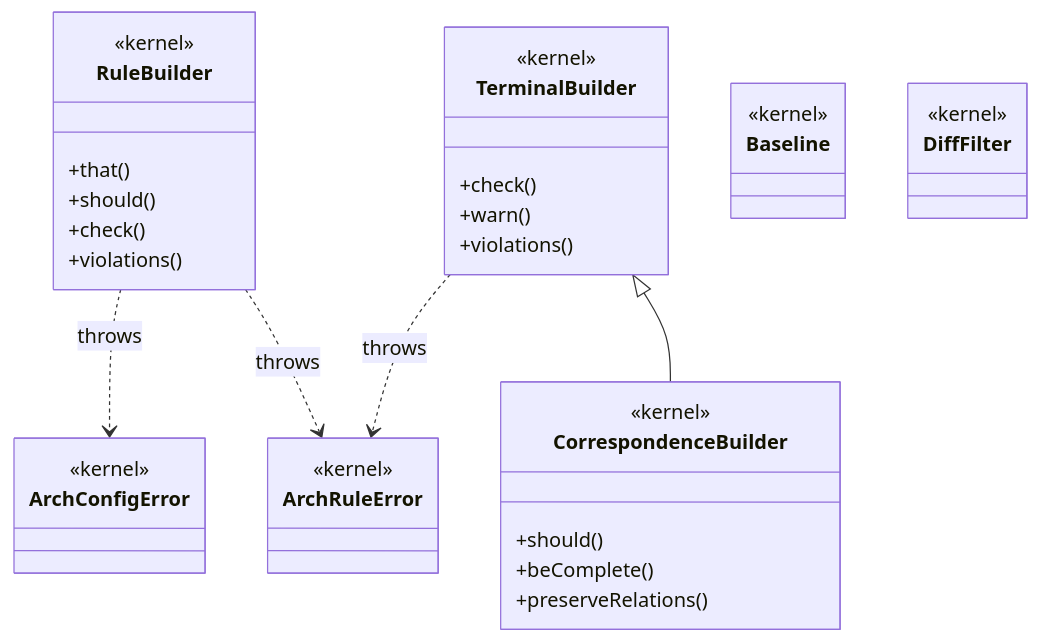
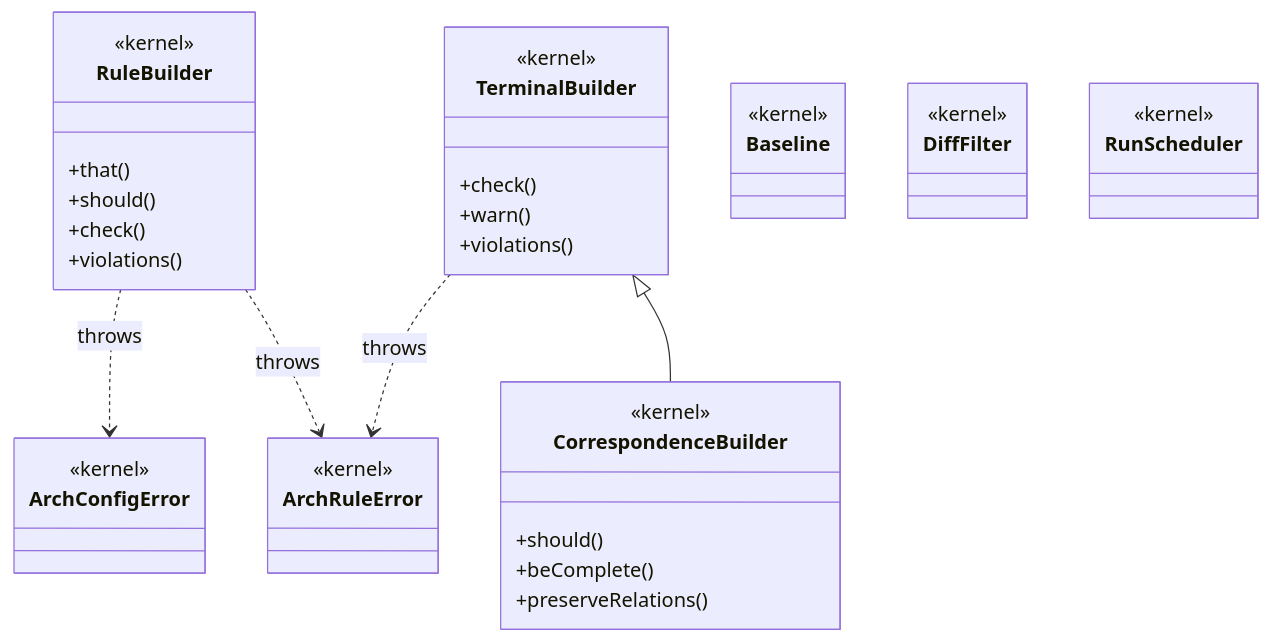
Before and after one commit to nielspeter/eess: the diagram in docs/architecture.mmd, drawn with Mermaid. The commit also changed 7 other files, not shown here.

First line of the commit message:
refactor(core,mermaid,ts): unify the watch loop, fixing a bug it hid

```diff
--- a/docs/architecture.mmd
+++ b/docs/architecture.mmd
@@ -1,48 +1,52 @@
 classDiagram
 %% eess kernel architecture — the @nielspeter/eess classes (plan 0060 charter:
 %% this diagram depicts packages/core/src classes, declared a-priori; it is
 %% cross-validated against the code by scripts/check-crossval.mjs in BOTH
 %% directions. A class added to the kernel must be added here, and vice versa.
 
 class RuleBuilder {
   <<kernel>>
   +that()
   +should()
   +check()
   +violations()
 }
 
 class TerminalBuilder {
   <<kernel>>
   +check()
   +warn()
   +violations()
 }
 
 class CorrespondenceBuilder {
   <<kernel>>
   +should()
   +beComplete()
   +preserveRelations()
 }
 
 class Baseline {
   <<kernel>>
 }
 
 class DiffFilter {
   <<kernel>>
 }
 
 class ArchRuleError {
   <<kernel>>
 }
 
 class ArchConfigError {
   <<kernel>>
 }
 
+class RunScheduler {
+  <<kernel>>
+}
+
 TerminalBuilder <|-- CorrespondenceBuilder
 RuleBuilder ..> ArchRuleError : throws
 TerminalBuilder ..> ArchRuleError : throws
 RuleBuilder ..> ArchConfigError : throws
```
